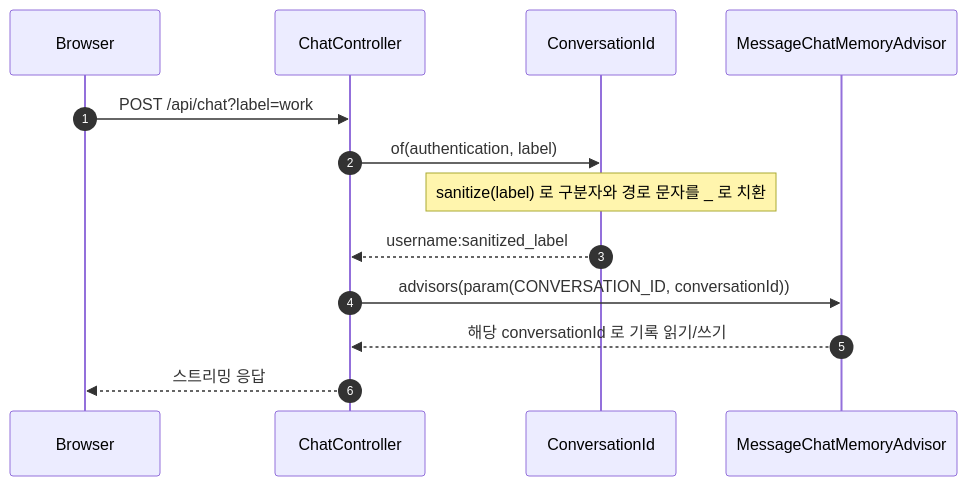
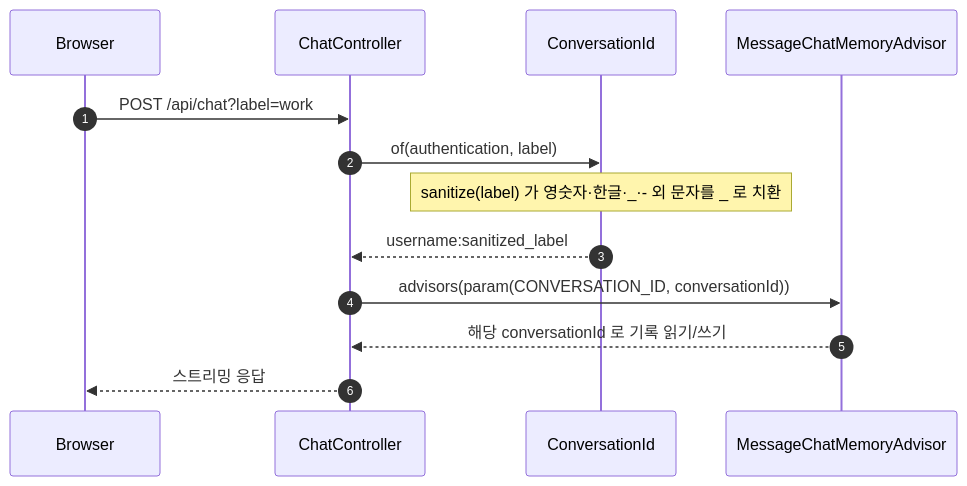
One commit to starryeye/spring-ai changed the fifth of 7 diagrams in practice/mcp-security-authn-chat-memory/SEQUENCES.md. Above: the diagram before and after it, drawn with Mermaid. The commit also changed other lines of this file and 2 other files, not shown here.

````diff
--- a/practice/mcp-security-authn-chat-memory/SEQUENCES.md
+++ b/practice/mcp-security-authn-chat-memory/SEQUENCES.md
@@ -21,15 +243,15 @@
 ```mermaid
 sequenceDiagram
     autonumber
     participant B as Browser
     participant CC as ChatController
     participant CID as ConversationId
     participant MA as MessageChatMemoryAdvisor
     B->>CC: POST /api/chat?label=work
     CC->>CID: of(authentication, label)
-    Note over CID: sanitize(label) 로 구분자와 경로 문자를 _ 로 치환
+    Note over CID: sanitize(label) 가 영숫자·한글·_·- 외 문자를 _ 로 치환
     CID-->>CC: username:sanitized_label
     CC->>MA: advisors(param(CONVERSATION_ID, conversationId))
     MA-->>CC: 해당 conversationId 로 기록 읽기/쓰기
     CC-->>B: 스트리밍 응답
 ```
````
